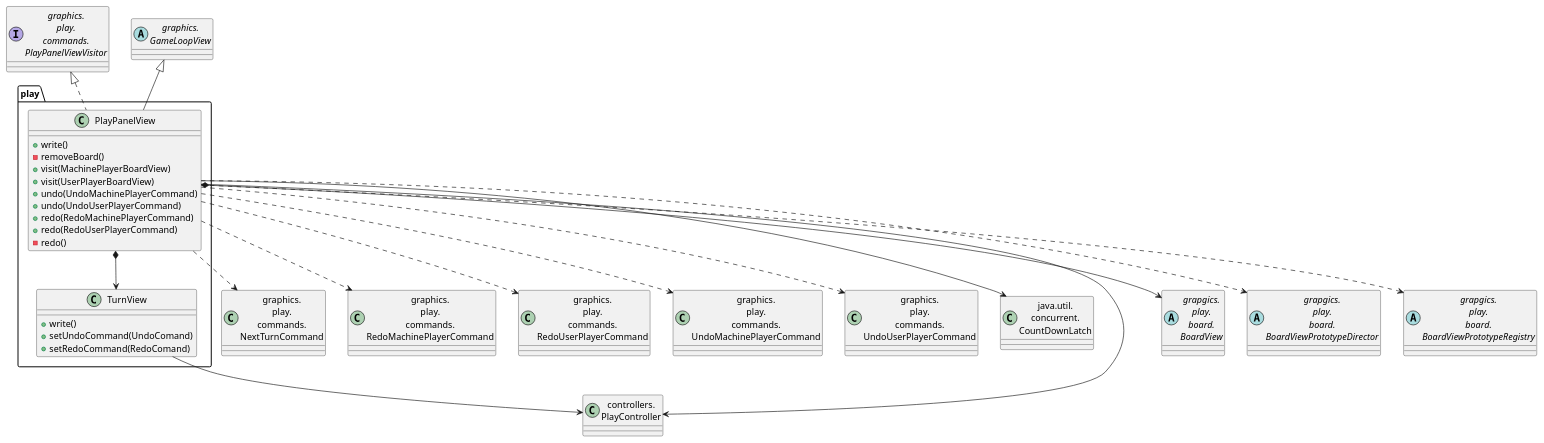
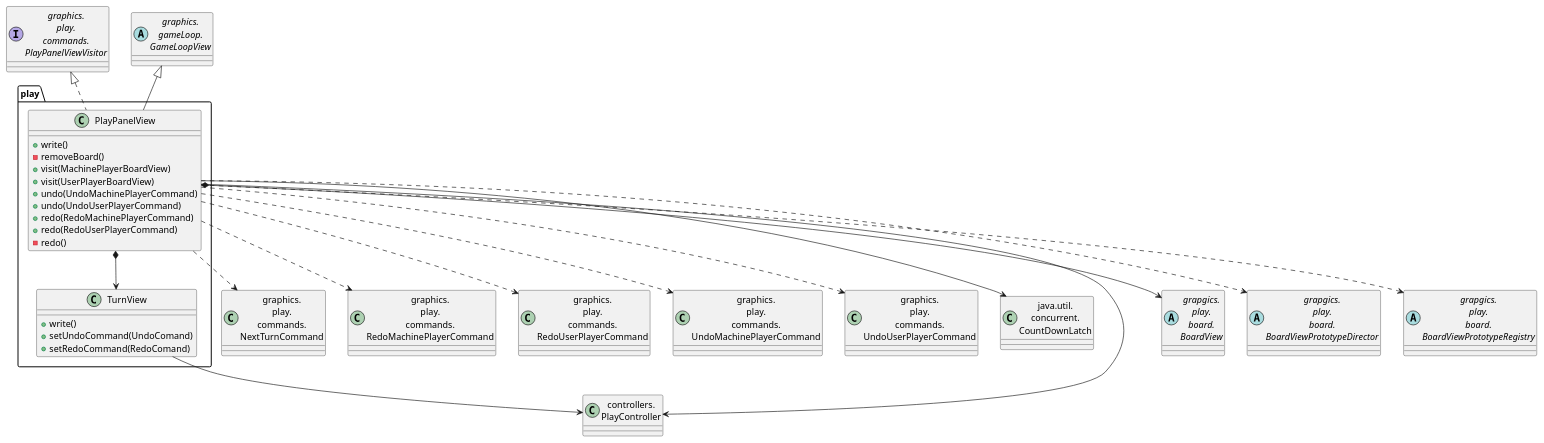
One commit to js-rom/connect4 changed the diagram in connect4/Docs/diagrams/src/packages/connect4.connect4.views.graphics.play.plantuml. Above: the diagram before and after it, drawn with PlantUML. The commit also changed 41 other files, not shown here.

Commit message:
refactor: remove cicles betwen graphics and panels #8

```diff
--- a/connect4/Docs/diagrams/src/packages/connect4.connect4.views.graphics.play.plantuml
+++ b/connect4/Docs/diagrams/src/packages/connect4.connect4.views.graphics.play.plantuml
@@ -1,52 +1,52 @@
 @startuml connect4.connect4.views.graphics.play
 
 class PlayPanelViewVisitor as "graphics.\nplay.\ncommands.\nPlayPanelViewVisitor"
 class NextTurnCommand as "graphics.\nplay.\ncommands.\nNextTurnCommand"
 class RedoMachinePlayerCommand as "graphics.\nplay.\ncommands.\nRedoMachinePlayerCommand"
 class RedoUserPlayerCommand as "graphics.\nplay.\ncommands.\nRedoUserPlayerCommand"
 class UndoMachinePlayerCommand as "graphics.\nplay.\ncommands.\nUndoMachinePlayerCommand"
 class UndoUserPlayerCommand as "graphics.\nplay.\ncommands.\nUndoUserPlayerCommand"
 
-abstract class GameLoopView as "graphics.\nGameLoopView"
+abstract class GameLoopView as "graphics.\ngameLoop.\nGameLoopView"
 interface PlayPanelViewVisitor as "grapgics.\nplay.\ncommands.\nPlayPanelViewVisitor"
 class CountDownLatch as "java.util.\nconcurrent.\nCountDownLatch"
 class PlayController as "controllers.\nPlayController"
 abstract class BoardView as "grapgics.\nplay.\nboard.\nBoardView"
 abstract class BoardViewPrototypeDirector as "grapgics.\nplay.\nboard.\nBoardViewPrototypeDirector"
 abstract class BoardViewPrototypeRegistry as "grapgics.\nplay.\nboard.\nBoardViewPrototypeRegistry"
 
 
 class play.PlayPanelView{
     +write()
     -removeBoard()
     +visit(MachinePlayerBoardView)
     +visit(UserPlayerBoardView)
     +undo(UndoMachinePlayerCommand)
     +undo(UndoUserPlayerCommand)
     +redo(RedoMachinePlayerCommand)
     +redo(RedoUserPlayerCommand)
     -redo()
 }
 
 class play.TurnView{
     +write()
     +setUndoCommand(UndoComand)
     +setRedoCommand(RedoComand)
 }
 
 PlayPanelView --> PlayController
 PlayPanelView --> CountDownLatch
 GameLoopView <|-- PlayPanelView
 PlayPanelViewVisitor <|.. PlayPanelView
 PlayPanelView *--> BoardView
 PlayPanelView ..> BoardViewPrototypeRegistry
 PlayPanelView ..> BoardViewPrototypeDirector
 TurnView --> PlayController
 PlayPanelView *--> TurnView
 PlayPanelView ..> NextTurnCommand
 PlayPanelView ..> RedoMachinePlayerCommand
 PlayPanelView ..> RedoUserPlayerCommand
 PlayPanelView ..> UndoMachinePlayerCommand
 PlayPanelView ..> UndoUserPlayerCommand
 
 @enduml
```
